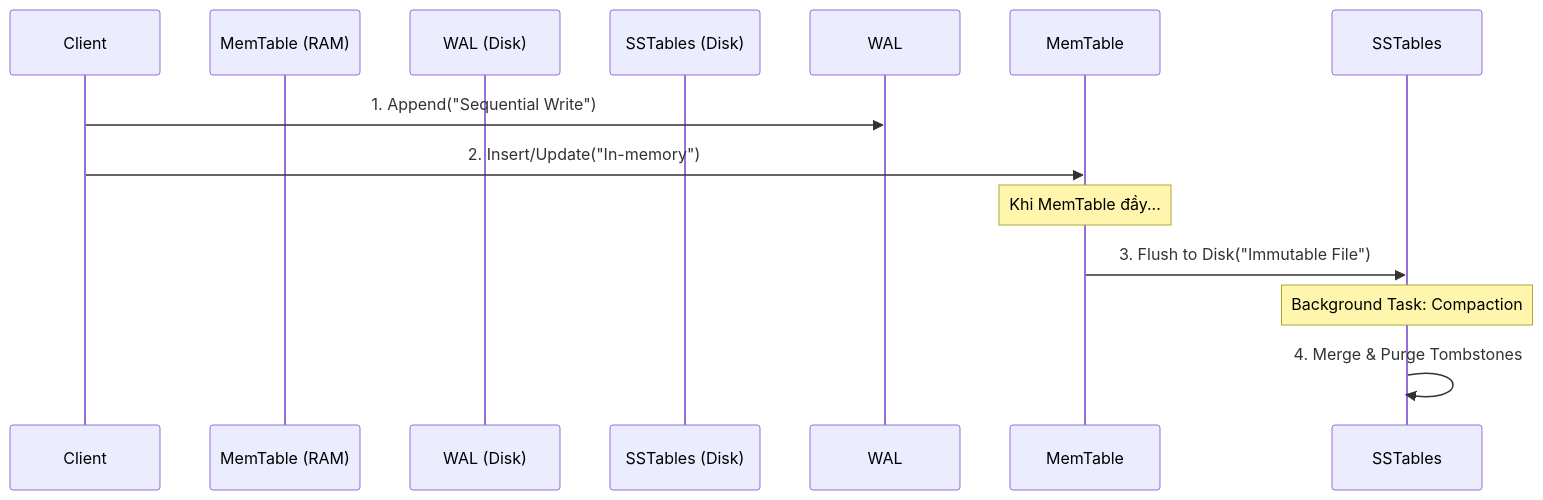
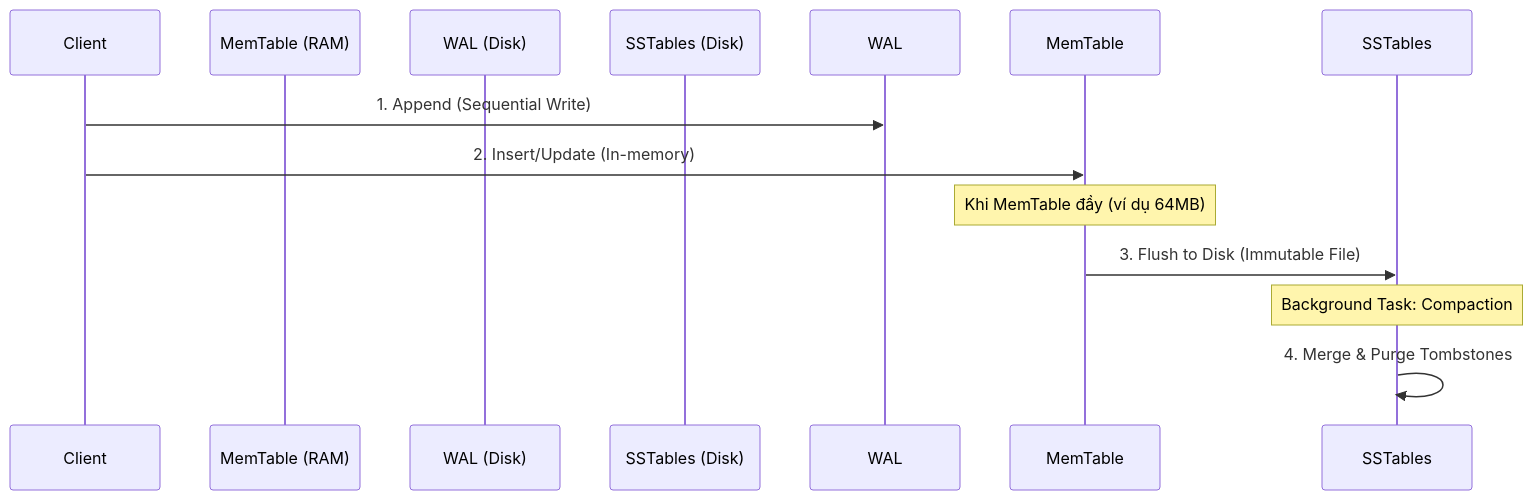
Before and after one commit to kythuatdulieu/kythuatdulieu.github.io: the second of 2 diagrams in src/content/docs/concepts/3-storage-engines-formats/indexing.md, drawn with Mermaid. The commit also changed other lines of this file and 213 other files, not shown here.

Commit message:
Fix syntax and rewrite 200+ concepts docs to deep-dive system architecture and add GA4 tracking to quiz app

````diff
--- a/src/content/docs/concepts/3-storage-engines-formats/indexing.md
+++ b/src/content/docs/concepts/3-storage-engines-formats/indexing.md
@@ -66,14 +61,14 @@
 ```mermaid
 sequenceDiagram
     participant Client
     participant MemTable (RAM)
     participant WAL (Disk)
     participant SSTables (Disk)
     
-    Client->>WAL: 1. Append("Sequential Write")
-    Client->>MemTable: 2. Insert/Update("In-memory")
-    Note over MemTable: Khi MemTable đầy...
-    MemTable->>SSTables: 3. Flush to Disk("Immutable File")
+    Client->>WAL: 1. Append (Sequential Write)
+    Client->>MemTable: 2. Insert/Update (In-memory)
+    Note over MemTable: Khi MemTable đầy (ví dụ 64MB)
+    MemTable->>SSTables: 3. Flush to Disk (Immutable File)
     Note over SSTables: Background Task: Compaction
     SSTables->>SSTables: 4. Merge & Purge Tombstones
 ```
````
